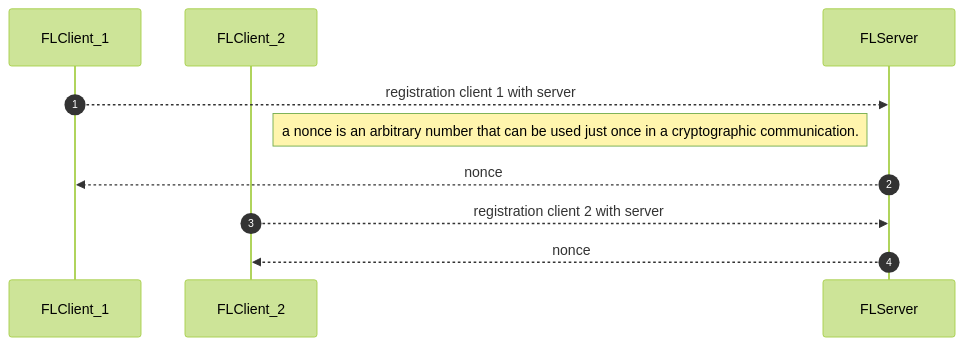
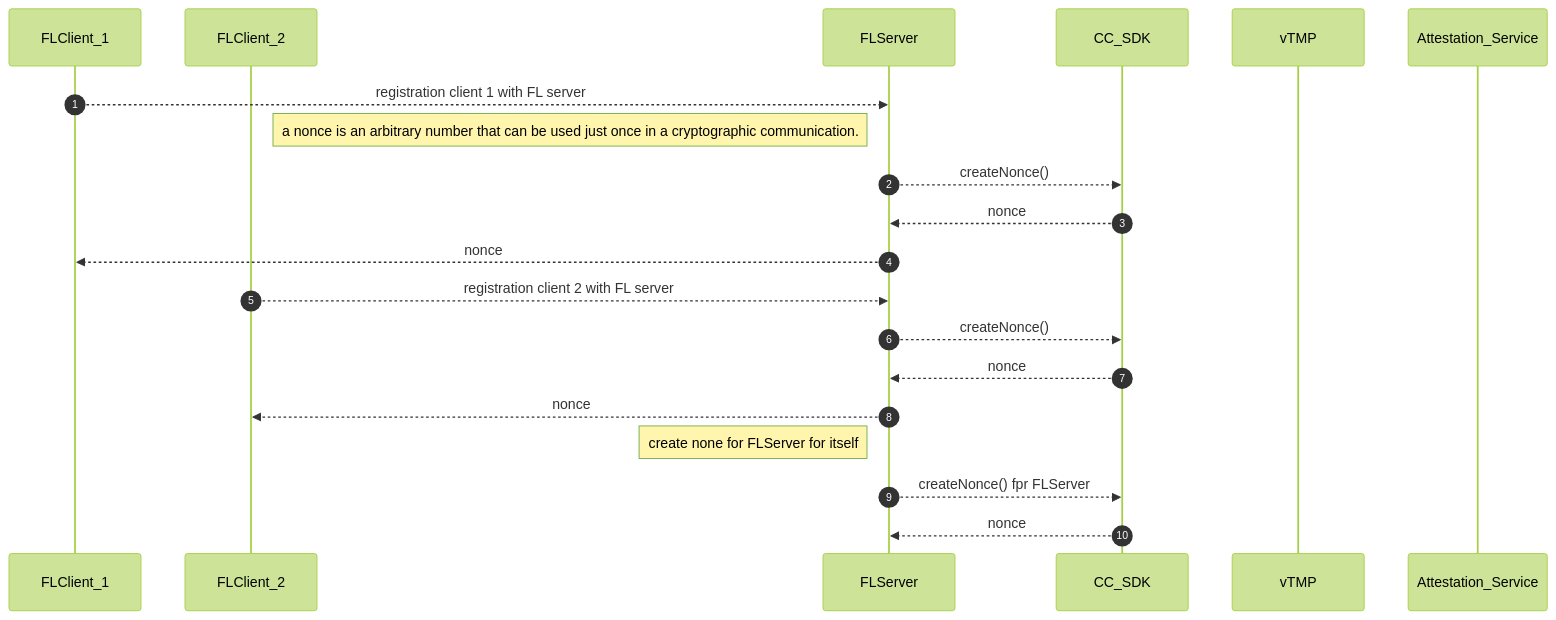
One commit to hitesh-ag1/NVFlare changed the fourth of 5 diagrams in docs/confidential_computing/detailed_cc_sequence_diagram.md. Above: the diagram before and after it, drawn with Mermaid (forest theme). The commit also changed other lines of this file, not shown here.

Commit message:
Sequence diagram for CC

````diff
--- a/docs/confidential_computing/detailed_cc_sequence_diagram.md
+++ b/docs/confidential_computing/detailed_cc_sequence_diagram.md
@@ -80,15 +78,26 @@
 ```mermaid
 sequenceDiagram
    autonumber
     participant FLClient_1
     participant FLClient_2
     participant FLServer
+    participant CC_SDK
+    participant vTMP
+    participant Attestation_Service
  
-    FLClient_1 -->> FLServer: registration client 1 with server
-    Note left of FLServer: a nonce is an arbitrary number that can be used just once in a cryptographic communication. 
+    FLClient_1 -->> FLServer: registration client 1 with FL server
+    Note left of FLServer: a nonce is an arbitrary number that can be used just once in a cryptographic communication.
+    FLServer -->> CC_SDK : createNonce() 
+    CC_SDK -->> FLServer : nonce
     FLServer -->> FLClient_1 : nonce
-    FLClient_2 -->> FLServer: registration client 2 with server
+    
+    FLClient_2 -->> FLServer: registration client 2 with FL server
+    FLServer -->> CC_SDK : createNonce() 
+    CC_SDK -->> FLServer : nonce
     FLServer -->> FLClient_2 : nonce
-
-   
+    
+    Note left of FLServer: create none for FLServer for itself
+    FLServer -->> CC_SDK : createNonce() fpr FLServer 
+    CC_SDK -->> FLServer : nonce
+       
 ```
````
